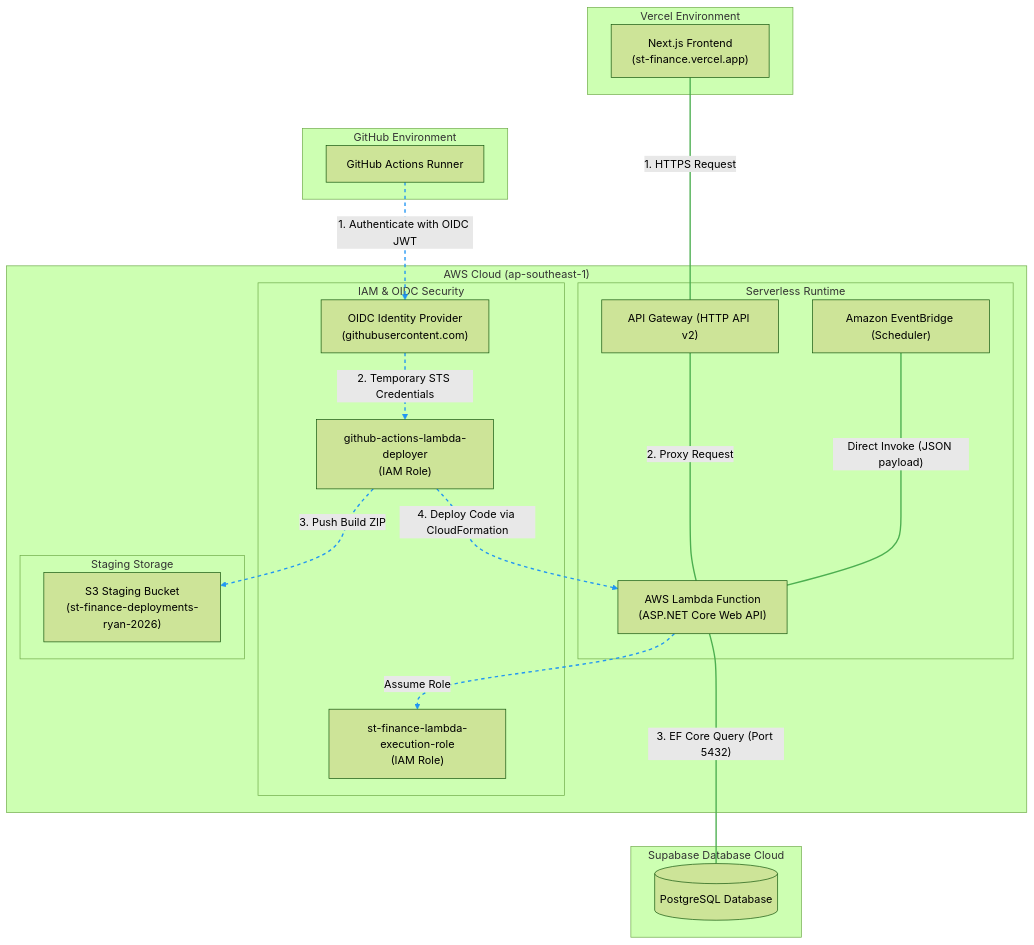
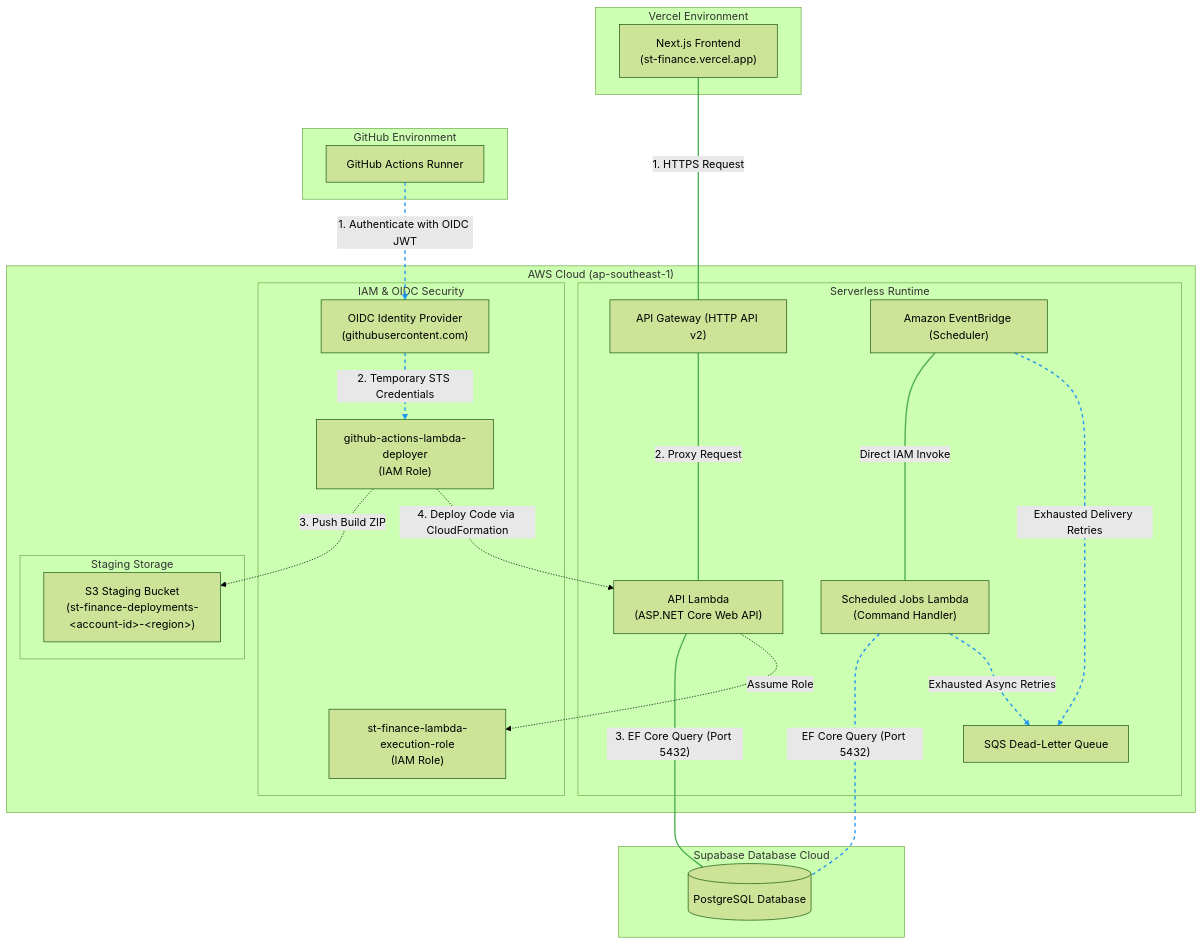
One commit to RyanMyatThu-dev/FinancialManagement changed the diagram in README.md. Above: the diagram before and after it, drawn with Mermaid (forest theme). The commit also changed other lines of this file and 64 other files, not shown here.

First line of the commit message:
Finalize AWS Lambda and     scheduled jobs deployment (#9)

````diff
--- a/README.md
+++ b/README.md
@@ -11,51 +11,56 @@
 ```mermaid
 flowchart TB
     %% Environments & Subgraphs
     subgraph GitHubEnv ["GitHub Environment"]
         Runner["GitHub Actions Runner"]
     end
 
     subgraph VercelEnv ["Vercel Environment"]
         VercelApp["Next.js Frontend<br>(st-finance.vercel.app)"]
     end
 
     subgraph AWSEnv ["AWS Cloud (ap-southeast-1)"]
         subgraph IAMSecurity ["IAM & OIDC Security"]
             OIDC["OIDC Identity Provider<br>(githubusercontent.com)"]
             DeployerRole["github-actions-lambda-deployer<br>(IAM Role)"]
             ExecRole["st-finance-lambda-execution-role<br>(IAM Role)"]
         end
 
         subgraph ServerlessRuntime ["Serverless Runtime"]
             APIGW["API Gateway (HTTP API v2)"]
-            Lambda["AWS Lambda Function<br>(ASP.NET Core Web API)"]
+            Lambda["API Lambda<br>(ASP.NET Core Web API)"]
+            JobsLambda["Scheduled Jobs Lambda<br>(Command Handler)"]
             EventBridge["Amazon EventBridge (Scheduler)"]
+            DLQ["SQS Dead-Letter Queue"]
         end
 
         subgraph StagingStorage ["Staging Storage"]
-            S3["S3 Staging Bucket<br>(st-finance-deployments-ryan-2026)"]
+            S3["S3 Staging Bucket<br>(st-finance-deployments-&lt;account-id&gt;-&lt;region&gt;)"]
         end
     end
 
     subgraph SupabaseEnv ["Supabase Database Cloud"]
         SupabaseDB[("PostgreSQL Database")]
     end
 
     %% Flows
     %% 1. Runtime Flow (Solid Lines)
     VercelApp ====|"1. HTTPS Request"| APIGW
     APIGW ====|"2. Proxy Request"| Lambda
     Lambda ====|"3. EF Core Query (Port 5432)"| SupabaseDB
-    EventBridge ====|"Direct Invoke (JSON payload)"| Lambda
+    EventBridge ====|"Direct IAM Invoke"| JobsLambda
+    JobsLambda ====|"EF Core Query (Port 5432)"| SupabaseDB
+    EventBridge -.->|"Exhausted Delivery Retries"| DLQ
+    JobsLambda -.->|"Exhausted Async Retries"| DLQ
 
     %% 2. CI/CD & Deploy Flow (Dashed Lines)
     Runner -.->|"1. Authenticate with OIDC JWT"| OIDC
     OIDC -.->|"2. Temporary STS Credentials"| DeployerRole
     DeployerRole -.->|"3. Push Build ZIP"| S3
     DeployerRole -.->|"4. Deploy Code via CloudFormation"| Lambda
     Lambda -.->|"Assume Role"| ExecRole
 
     %% Styling Link Styles
     linkStyle 0,1,2,3 stroke:#4CAF50,stroke-width:2px;
     linkStyle 4,5,6,7,8 stroke:#2196F3,stroke-width:2px,stroke-dasharray:5;
 ```
````
